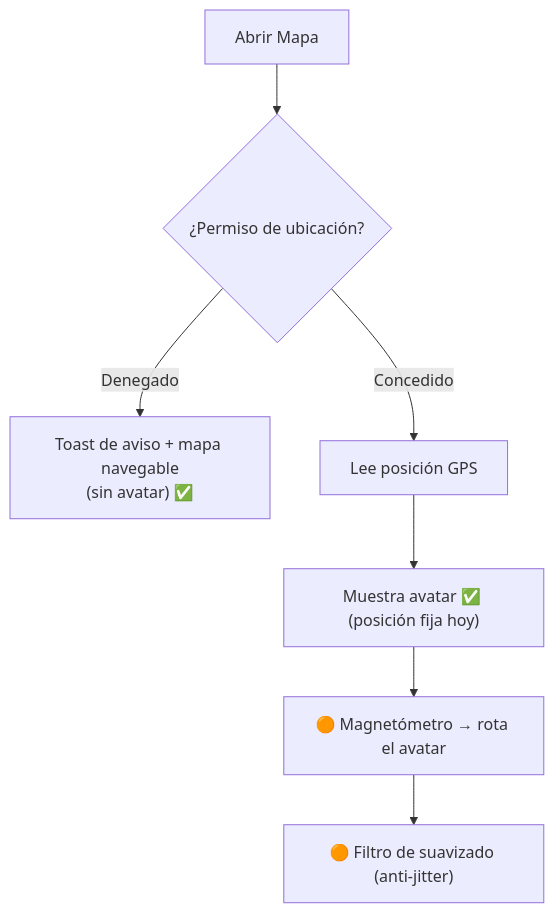
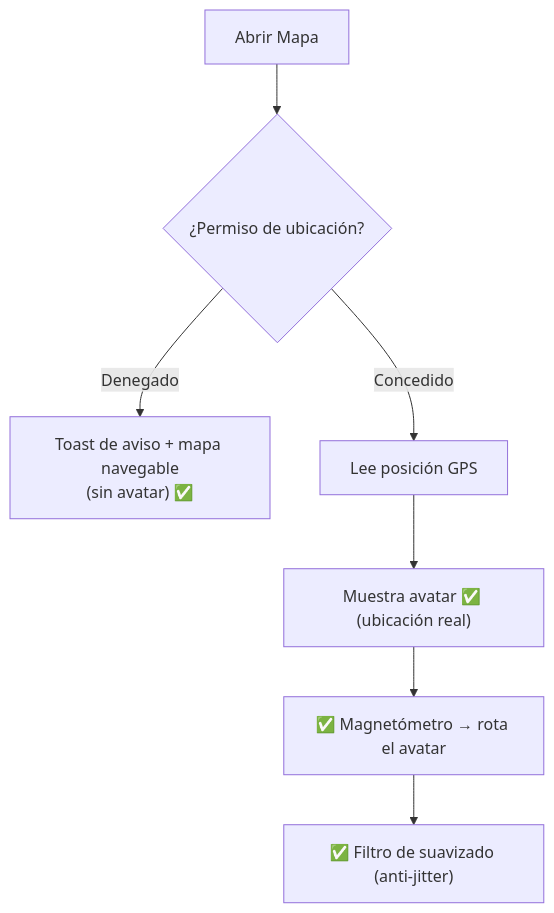
Before and after one commit to frank777ch/OndeSanMarcos: the seventh of 7 diagrams in documents/05-flujos.md, drawn with Mermaid. The commit also changed other lines of this file and 6 other files, not shown here.

````diff
--- a/documents/05-flujos.md
+++ b/documents/05-flujos.md
@@ -189,9 +166,9 @@
 ```mermaid
 flowchart TD
     start["Abrir Mapa"] --> perm{"¿Permiso de ubicación?"}
     perm -->|Denegado| toast["Toast de aviso + mapa navegable<br/>(sin avatar) ✅"]
     perm -->|Concedido| loc["Lee posición GPS"]
-    loc --> avatar["Muestra avatar ✅ (posición fija hoy)"]
-    avatar --> sensors["🟠 Magnetómetro → rota el avatar"]
-    sensors --> smooth["🟠 Filtro de suavizado (anti-jitter)"]
+    loc --> avatar["Muestra avatar ✅ (ubicación real)"]
+    avatar --> sensors["✅ Magnetómetro → rota el avatar"]
+    sensors --> smooth["✅ Filtro de suavizado (anti-jitter)"]
 ```
````
